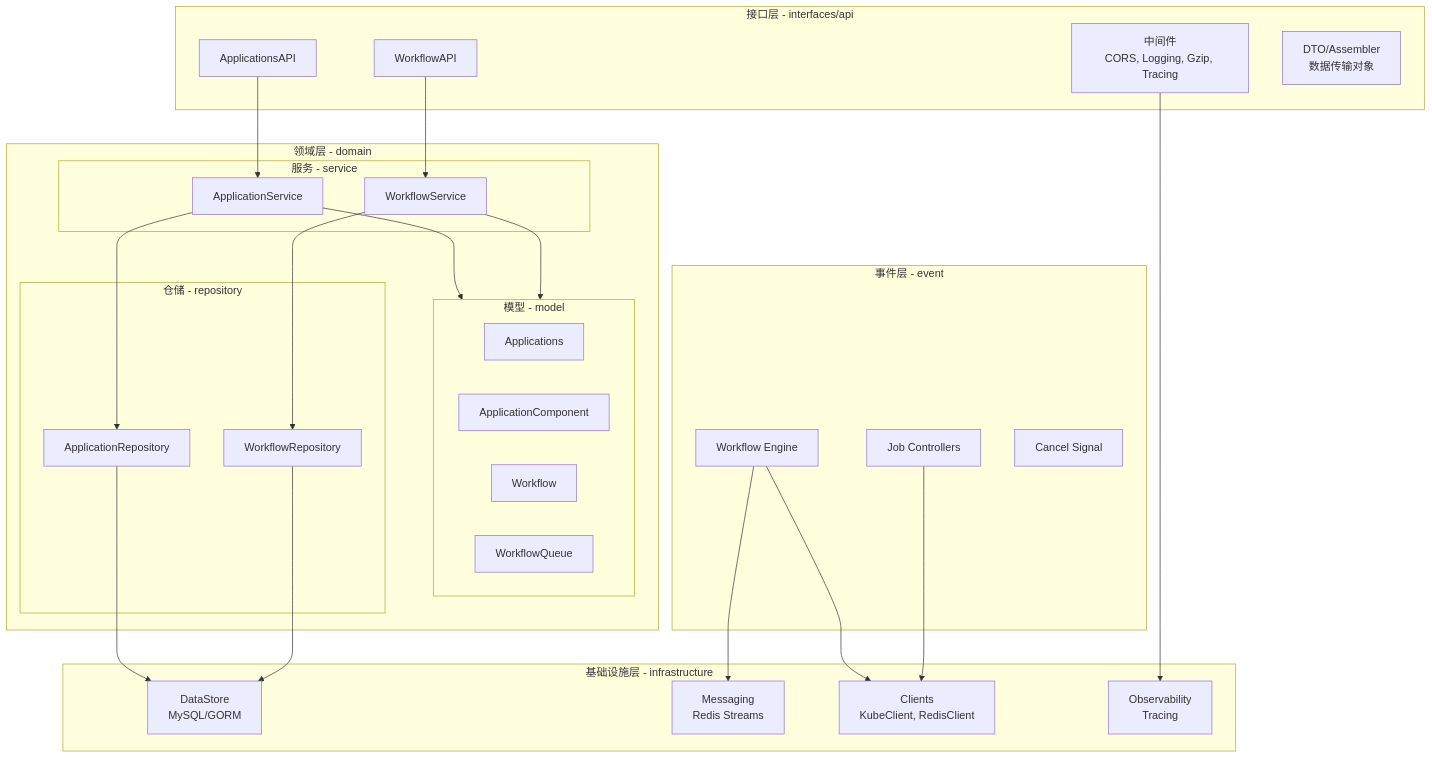
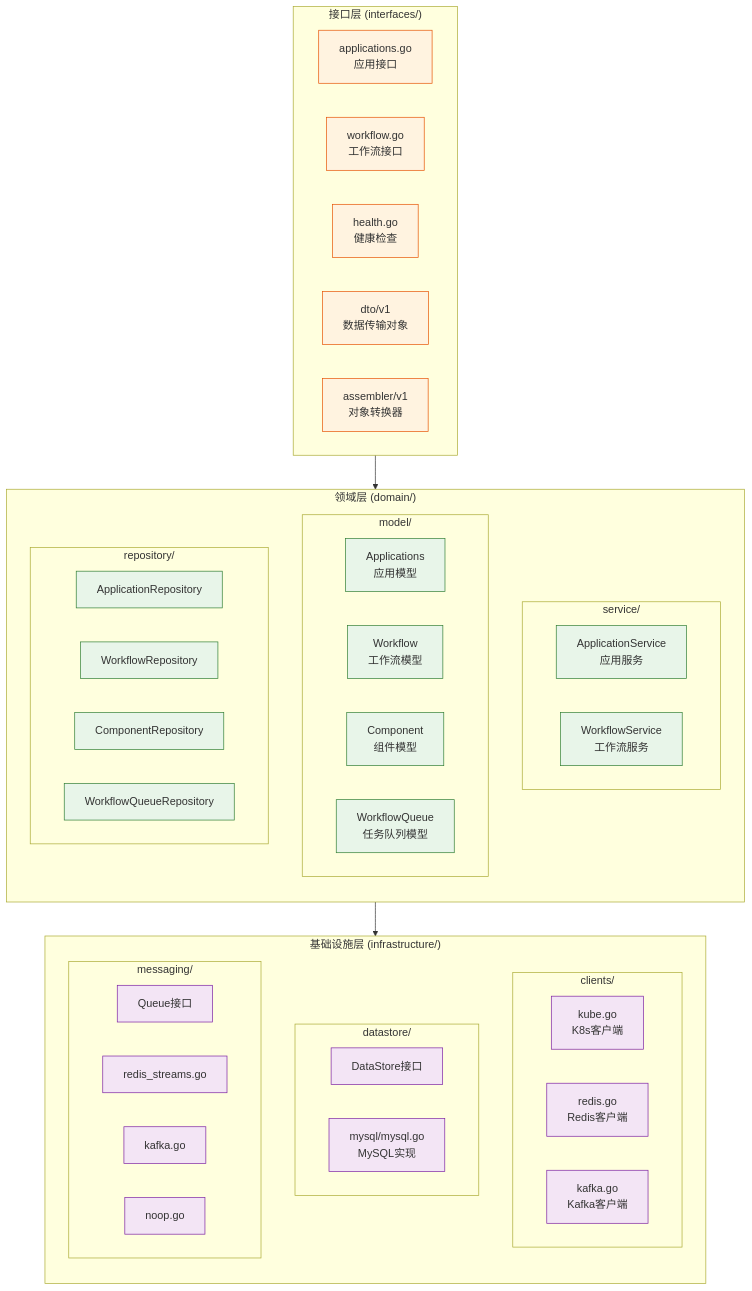
Before and after one commit to SilentEchoe/KubeMin-Cli: the third of 18 diagrams in docs/architecture-diagrams.md, drawn with Mermaid. The commit also changed other lines of this file and 33 other files, not shown here.

````diff
--- a/docs/architecture-diagrams.md
+++ b/docs/architecture-diagrams.md
@@ -78,56 +149,67 @@
 ```mermaid
-graph TB
-    subgraph Layer1 [接口层 - interfaces/api]
-        API_App[ApplicationsAPI]
-        API_WF[WorkflowAPI]
-        Middleware[中间件<br/>CORS, Logging, Gzip, Tracing]
-        DTO[DTO/Assembler<br/>数据传输对象]
+flowchart TB
+    subgraph Interfaces["接口层 (interfaces/)"]
+        direction LR
+        API_App[applications.go<br/>应用接口]
+        API_WF[workflow.go<br/>工作流接口]
+        API_Health[health.go<br/>健康检查]
+        DTO[dto/v1<br/>数据传输对象]
+        Assembler[assembler/v1<br/>对象转换器]
     end
 
-    subgraph Layer2 [领域层 - domain]
-        subgraph Services [服务 - service]
-            AppService[ApplicationService]
-            WFService[WorkflowService]
+    subgraph Domain["领域层 (domain/)"]
+        direction TB
+        
+        subgraph Service["service/"]
+            AppSvc[ApplicationService<br/>应用服务]
+            WFSvc[WorkflowService<br/>工作流服务]
         end
-        subgraph Models [模型 - model]
-            AppModel[Applications]
-            CompModel[ApplicationComponent]
-            WFModel[Workflow]
-            QueueModel[WorkflowQueue]
+        
+        subgraph Model["model/"]
+            AppModel[Applications<br/>应用模型]
+            WFModel[Workflow<br/>工作流模型]
+            CompModel[Component<br/>组件模型]
+            QueueModel[WorkflowQueue<br/>任务队列模型]
         end
-        subgraph Repos [仓储 - repository]
+        
+        subgraph Repo["repository/"]
             AppRepo[ApplicationRepository]
             WFRepo[WorkflowRepository]
+            CompRepo[ComponentRepository]
+            QueueRepo[WorkflowQueueRepository]
         end
     end
 
-    subgraph Layer3 [事件层 - event]
-        WFEngine[Workflow Engine]
-        JobCtl[Job Controllers]
-        Signal[Cancel Signal]
+    subgraph Infrastructure["基础设施层 (infrastructure/)"]
+        direction TB
+        
+        subgraph Clients["clients/"]
+            KubeClient[kube.go<br/>K8s客户端]
+            RedisClient[redis.go<br/>Redis客户端]
+            KafkaClient[kafka.go<br/>Kafka客户端]
+        end
+        
+        subgraph Datastore["datastore/"]
+            DatastoreIF[DataStore接口]
+            MySQLImpl[mysql/mysql.go<br/>MySQL实现]
+        end
+        
+        subgraph Messaging["messaging/"]
+            QueueIF[Queue接口]
+            RedisStreams[redis_streams.go]
+            KafkaQueue[kafka.go]
+            NoopQueue[noop.go]
+        end
     end
 
-    subgraph Layer4 [基础设施层 - infrastructure]
-        DataStore[DataStore<br/>MySQL/GORM]
-        Messaging[Messaging<br/>Redis Streams]
-        Clients[Clients<br/>KubeClient, RedisClient]
-        Observability[Observability<br/>Tracing]
-    end
+    Interfaces --> Domain
+    Domain --> Infrastructure
 
-    API_App --> AppService
-    API_WF --> WFService
-    
-    AppService --> AppRepo
-    WFService --> WFRepo
-    AppService --> Models
-    WFService --> Models
+    classDef interface fill:#fff3e0,stroke:#e65100
+    classDef domain fill:#e8f5e9,stroke:#2e7d32
+    classDef infra fill:#f3e5f5,stroke:#7b1fa2
 
-    AppRepo --> DataStore
-    WFRepo --> DataStore
-
-    WFEngine --> Messaging
-    WFEngine --> Clients
-    JobCtl --> Clients
-
-    Middleware --> Observability
+    class API_App,API_WF,API_Health,DTO,Assembler interface
+    class AppSvc,WFSvc,AppModel,WFModel,CompModel,QueueModel,AppRepo,WFRepo,CompRepo,QueueRepo domain
+    class KubeClient,RedisClient,KafkaClient,DatastoreIF,MySQLImpl,QueueIF,RedisStreams,KafkaQueue,NoopQueue infra
 ```
````
